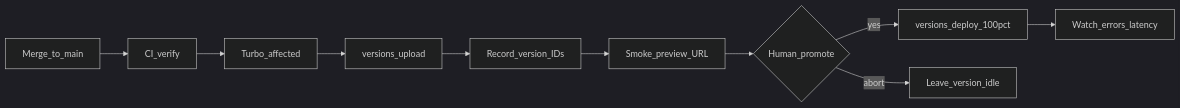
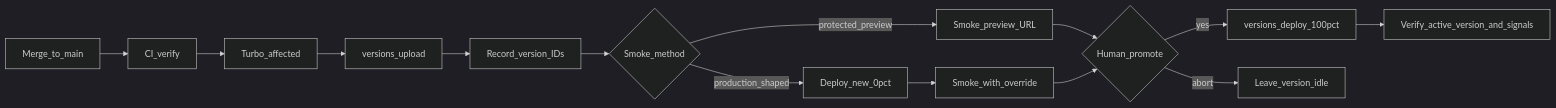
Before and after one commit to louisbrulenaudet/monorepo-template: the first of 2 diagrams in docs/cd-stage1-2-design.md, drawn with Mermaid (dark theme). The commit also changed other lines of this file and 1 other file, not shown here.

````diff
--- a/docs/cd-stage1-2-design.md
+++ b/docs/cd-stage1-2-design.md
@@ -43,12 +44,16 @@
 ```mermaid
 flowchart LR
   Merge[Merge_to_main] --> Verify[CI_verify]
   Verify --> Affected[Turbo_affected]
   Affected --> Upload[versions_upload]
   Upload --> Record[Record_version_IDs]
-  Record --> Smoke[Smoke_preview_URL]
-  Smoke --> Human{Human_promote}
+  Record --> Smoke{Smoke_method}
+  Smoke -->|protected_preview| Preview[Smoke_preview_URL]
+  Smoke -->|production_shaped| DeployZero[Deploy_new_0pct]
+  DeployZero --> Override[Smoke_with_override]
+  Preview --> Human{Human_promote}
+  Override --> Human
   Human -->|yes| Deploy100[versions_deploy_100pct]
   Human -->|abort| Idle[Leave_version_idle]
-  Deploy100 --> Watch[Watch_errors_latency]
+  Deploy100 --> VerifyActive[Verify_active_version_and_signals]
 ```
````
